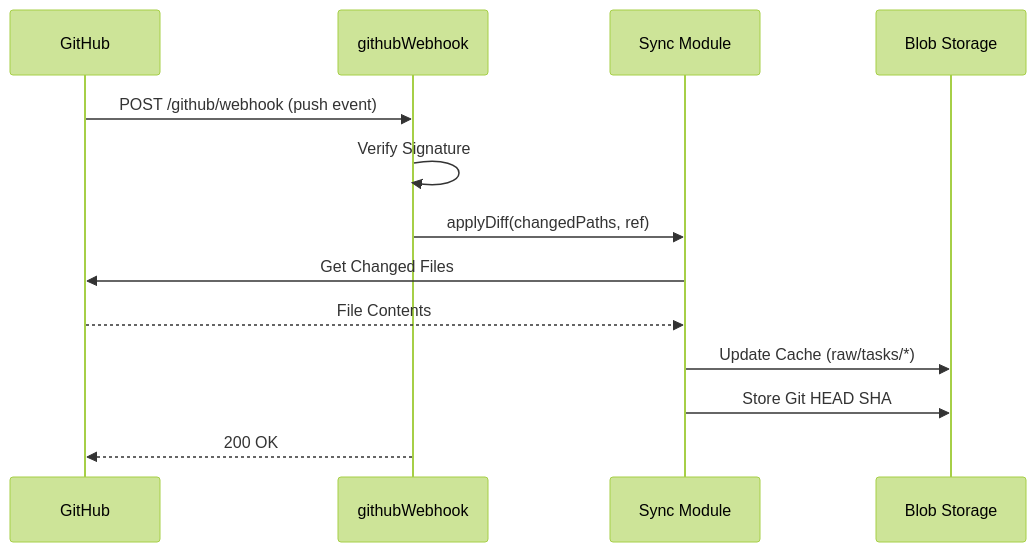
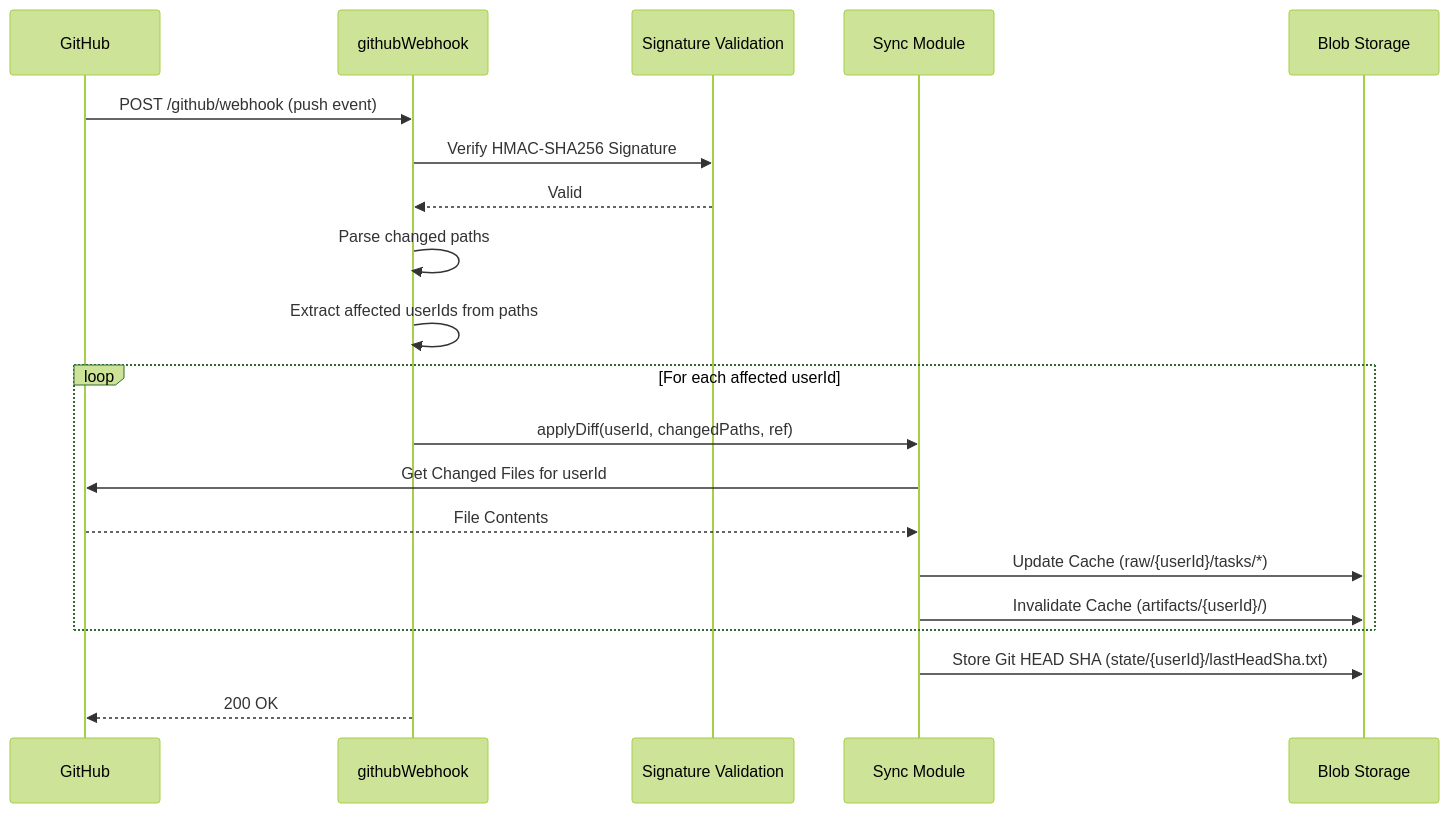
One commit to merlinbecker/CodexMiroir changed the fourth of 6 diagrams in documentation/arc42.md. Above: the diagram before and after it, drawn with Mermaid (forest theme). The commit also changed other lines of this file and 20 other files, not shown here.

````diff
--- a/documentation/arc42.md
+++ b/documentation/arc42.md
@@ -206,16 +397,23 @@
 ```mermaid
 sequenceDiagram
     participant G as GitHub
     participant W as githubWebhook
+    participant Auth as Signature Validation
     participant S as Sync Module
     participant B as Blob Storage
 
     G->>W: POST /github/webhook (push event)
-    W->>W: Verify Signature
-    W->>S: applyDiff(changedPaths, ref)
-    S->>G: Get Changed Files
-    G-->>S: File Contents
-    S->>B: Update Cache (raw/tasks/*)
-    S->>B: Store Git HEAD SHA
+    W->>Auth: Verify HMAC-SHA256 Signature
+    Auth-->>W: Valid
+    W->>W: Parse changed paths
+    W->>W: Extract affected userIds from paths
+    loop For each affected userId
+        W->>S: applyDiff(userId, changedPaths, ref)
+        S->>G: Get Changed Files for userId
+        G-->>S: File Contents
+        S->>B: Update Cache (raw/{userId}/tasks/*)
+        S->>B: Invalidate Cache (artifacts/{userId}/)
+    end
+    S->>B: Store Git HEAD SHA (state/{userId}/lastHeadSha.txt)
     W-->>G: 200 OK
 ```
````
